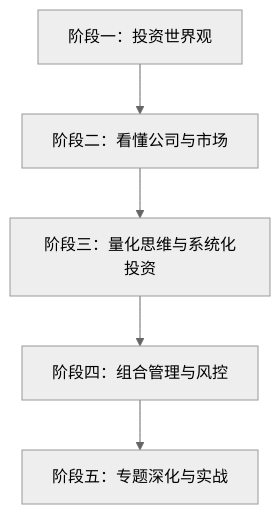
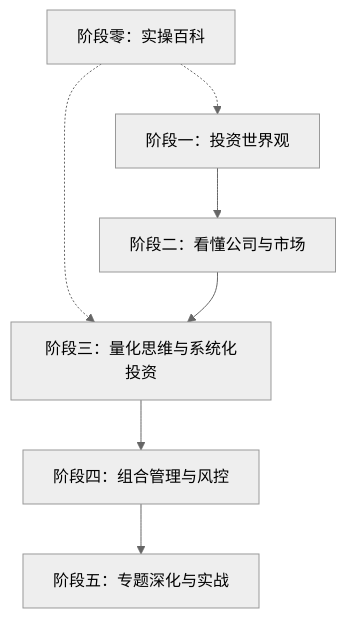
The diagram in quant-wiki-notes/入门教程/目录.md (Cthaat/Obsidian), drawn with Mermaid (neutral theme) before and after one commit. The commit also changed other lines of this file and 20 other files, not shown here.

````diff
--- a/quant-wiki-notes/入门教程/目录.md
+++ b/quant-wiki-notes/入门教程/目录.md
@@ -20,7 +21,9 @@
 ```mermaid
 graph TD
+    Z[阶段零：实操百科] -.-> A
+    Z -.-> C
     A[阶段一：投资世界观] --> B[阶段二：看懂公司与市场]
     B --> C[阶段三：量化思维与系统化投资]
     C --> D[阶段四：组合管理与风控]
     D --> E[阶段五：专题深化与实战]
 ```
````
